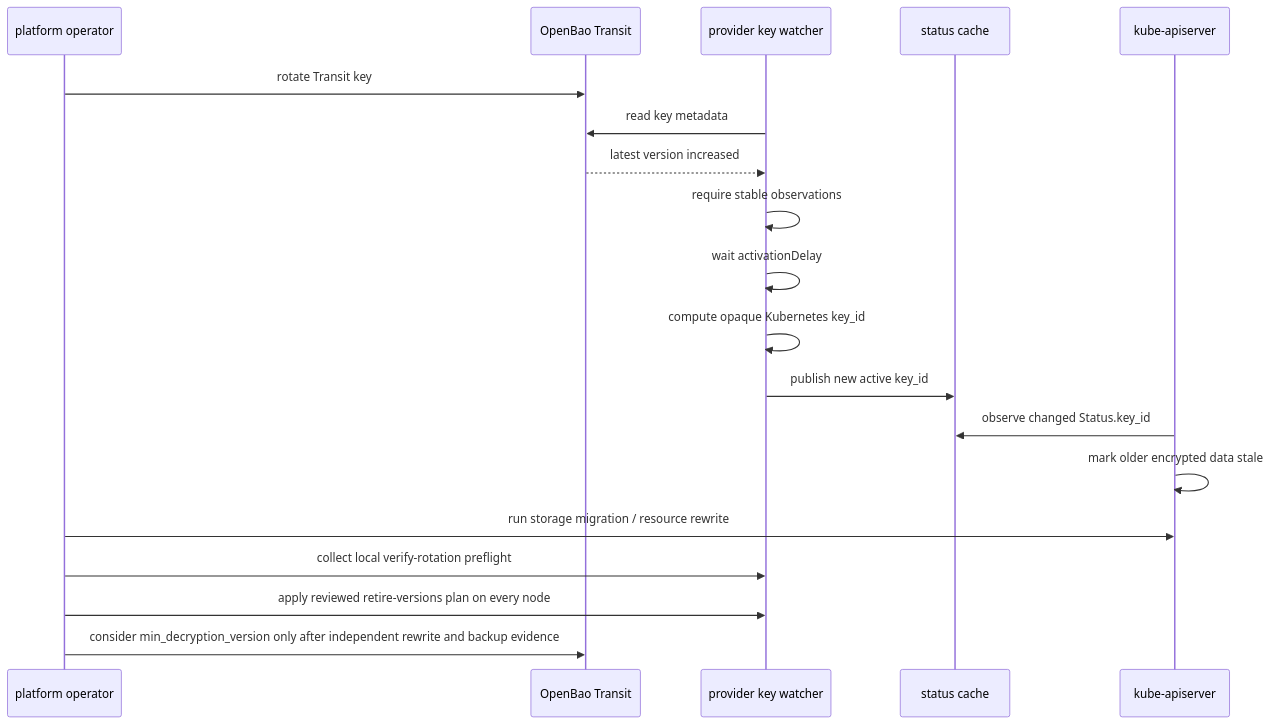
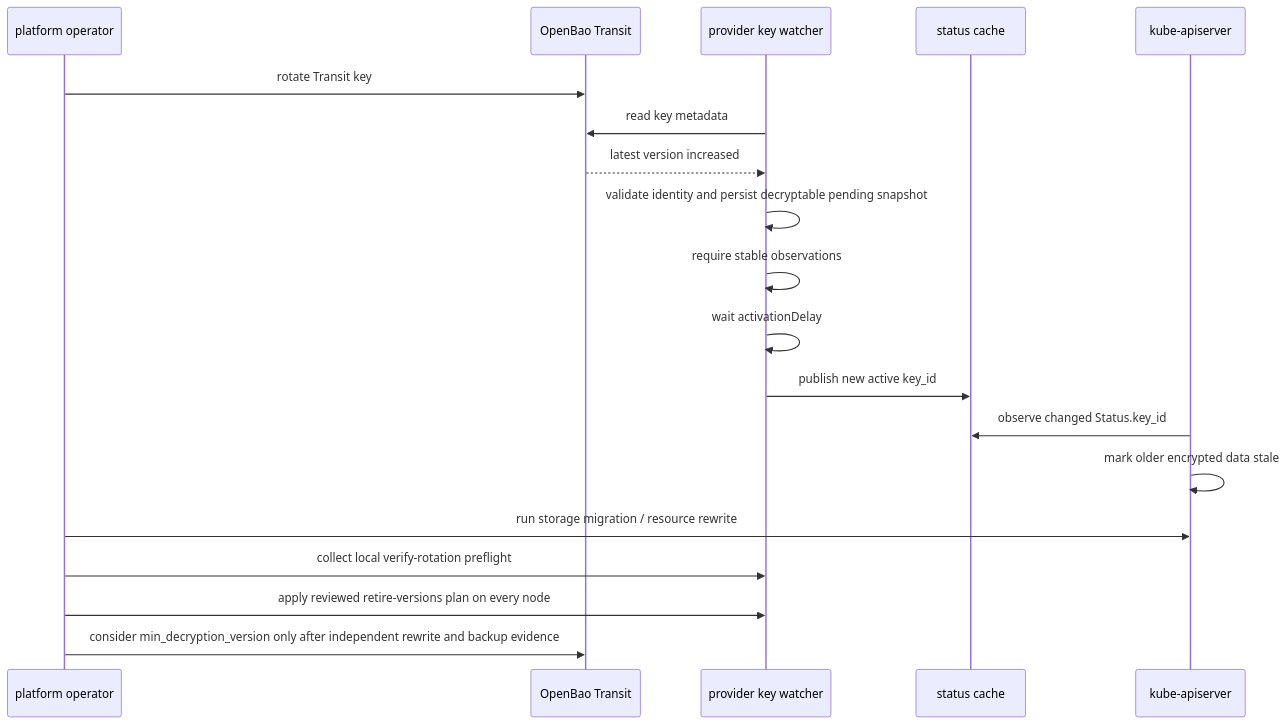
Before and after one commit to dc-tec/openbao-kubernetes-kms: the second of 2 diagrams in docs/architecture/rotation-model.md, drawn with Mermaid. The commit also changed other lines of this file and 34 other files, not shown here.

````diff
--- a/docs/architecture/rotation-model.md
+++ b/docs/architecture/rotation-model.md
@@ -39,22 +41,22 @@
 ```mermaid
 sequenceDiagram
     participant Operator as platform operator
     participant Bao as OpenBao Transit
     participant Watcher as provider key watcher
     participant Status as status cache
     participant API as kube-apiserver
 
     Operator->>Bao: rotate Transit key
     Watcher->>Bao: read key metadata
     Bao-->>Watcher: latest version increased
+    Watcher->>Watcher: validate identity and persist decryptable pending snapshot
     Watcher->>Watcher: require stable observations
     Watcher->>Watcher: wait activationDelay
-    Watcher->>Watcher: compute opaque Kubernetes key_id
     Watcher->>Status: publish new active key_id
     API->>Status: observe changed Status.key_id
     API->>API: mark older encrypted data stale
     Operator->>API: run storage migration / resource rewrite
     Operator->>Watcher: collect local verify-rotation preflight
     Operator->>Watcher: apply reviewed retire-versions plan on every node
     Operator->>Bao: consider min_decryption_version only after independent rewrite and backup evidence
 ```
````
